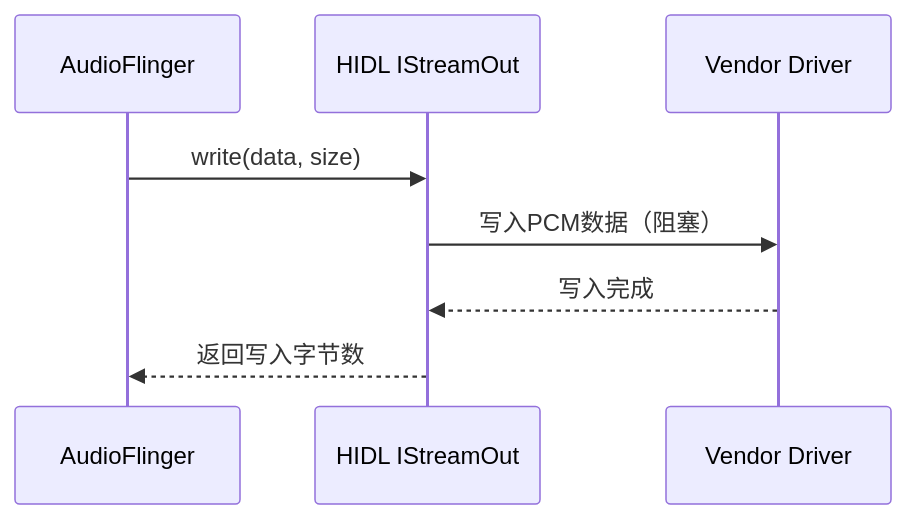
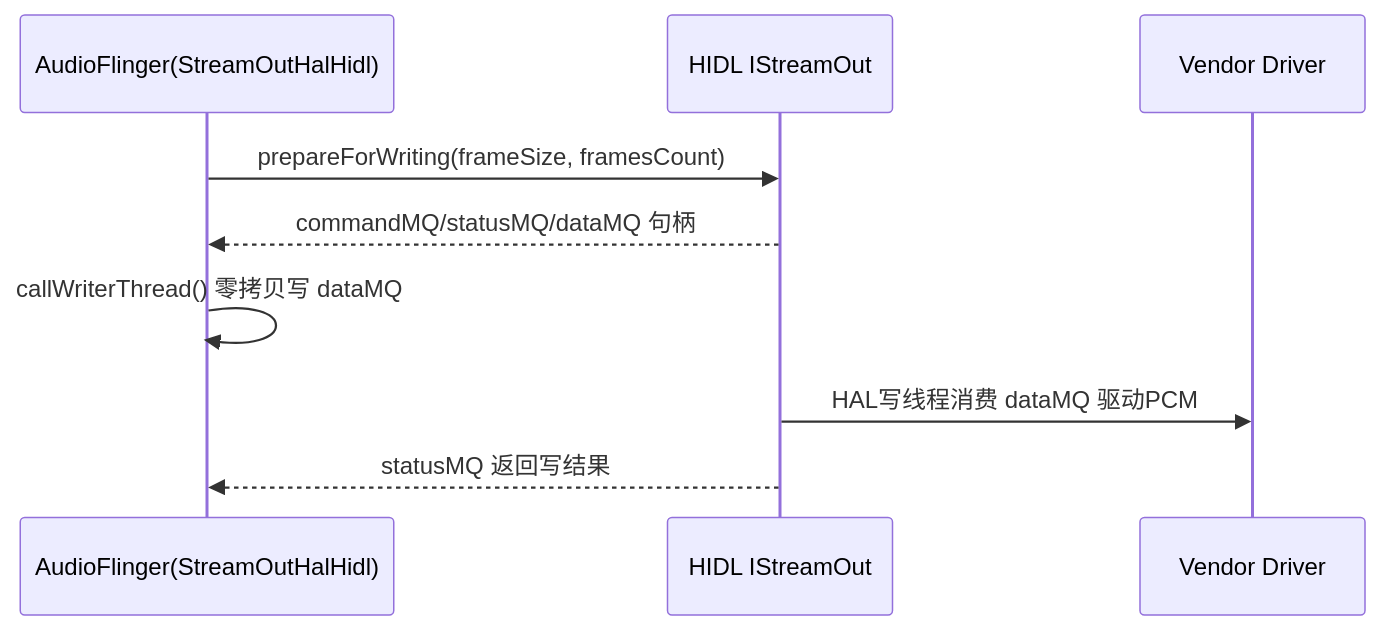
One commit to yanglinzhen1022/SA8295_AAOS_QNX_Audio_KnowledgeBase changed the eighth of 9 diagrams in 08_HAL_Layer/08_8.2_StreamOutStreamIn-音频数据流.md. Above: the diagram before and after it, drawn with Mermaid. The commit also changed other lines of this file and 9 other files, not shown here.

````diff
--- a/08_HAL_Layer/08_8.2_StreamOutStreamIn-音频数据流.md
+++ b/08_HAL_Layer/08_8.2_StreamOutStreamIn-音频数据流.md
@@ -295,10 +297,11 @@
 ```mermaid
 sequenceDiagram
-    participant AF as AudioFlinger
+    participant AF as AudioFlinger(StreamOutHalHidl)
     participant HAL as HIDL IStreamOut
     participant DRV as Vendor Driver
-    AF->>HAL: write(data, size)
-    HAL->>DRV: 写入PCM数据（阻塞）
-    DRV-->>HAL: 写入完成
-    HAL-->>AF: 返回写入字节数
+    AF->>HAL: prepareForWriting(frameSize, framesCount)
+    HAL-->>AF: commandMQ/statusMQ/dataMQ 句柄
+    AF->>AF: callWriterThread() 零拷贝写 dataMQ
+    HAL->>DRV: HAL写线程消费 dataMQ 驱动PCM
+    HAL-->>AF: statusMQ 返回写结果
 ```
````
